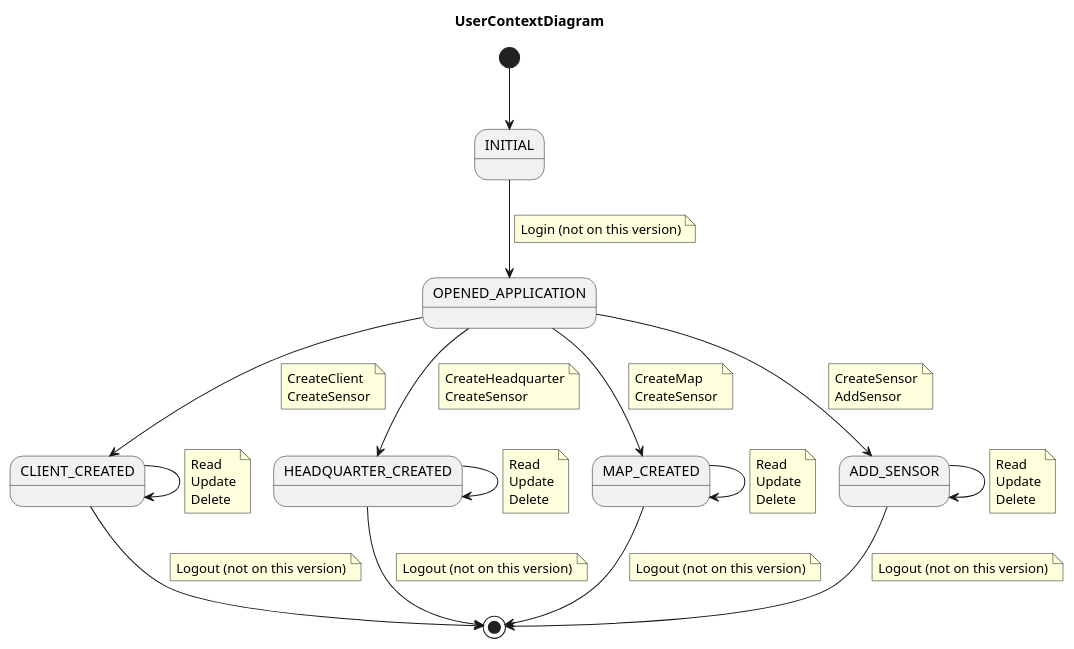
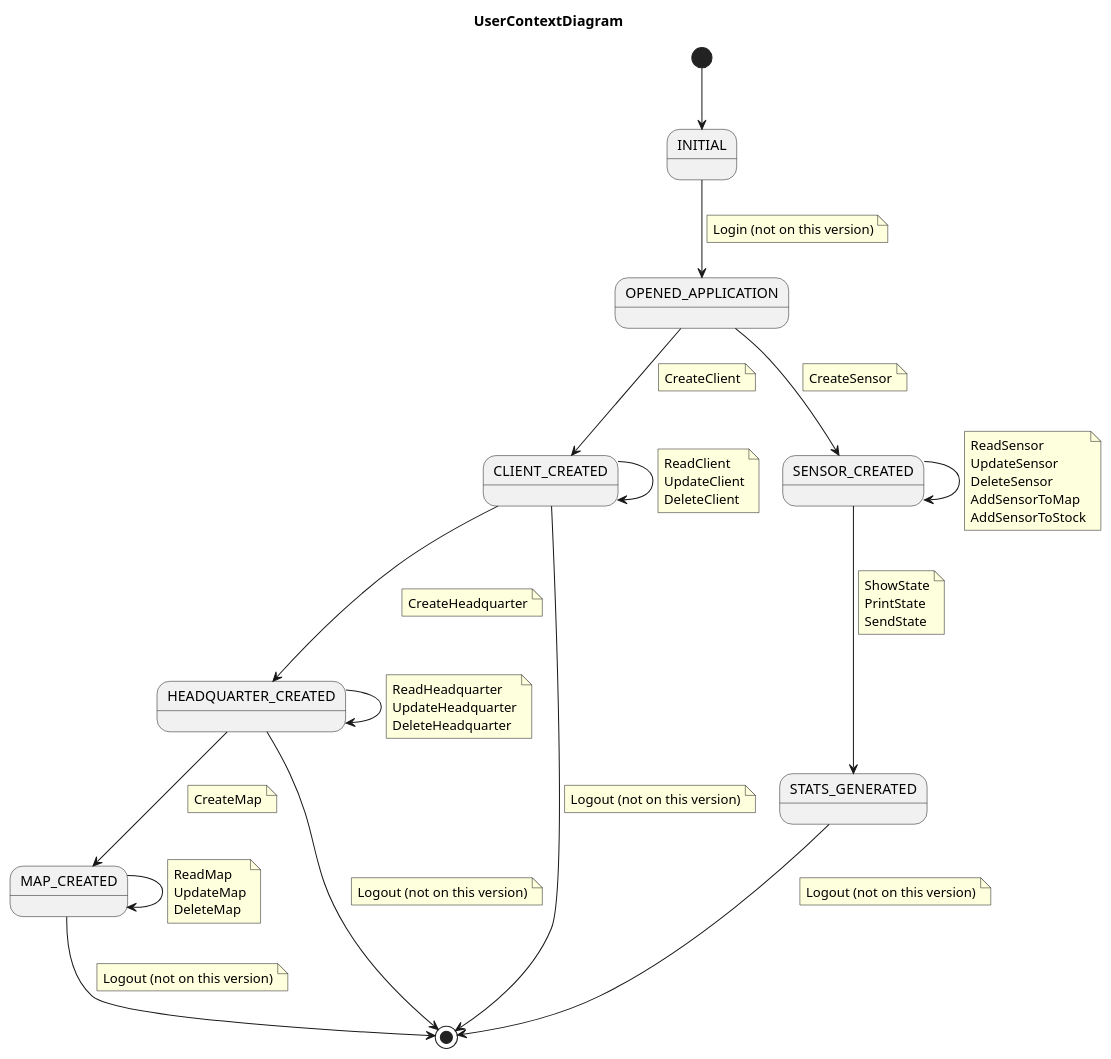
The diagram in docs/src/useCase/context/useCaseContextDiagram.puml (jumpering/pestmonitors), drawn with PlantUML before and after one commit. The commit also changed 1 other file, not shown here.

```diff
--- a/docs/src/useCase/context/useCaseContextDiagram.puml
+++ b/docs/src/useCase/context/useCaseContextDiagram.puml
@@ -1,88 +1,94 @@
 @startuml
 title UserContextDiagram
 state INITIAL
+state OPENED_APPLICATION
 state CLIENT_CREATED
 state HEADQUARTER_CREATED
 state MAP_CREATED
-state ADD_SENSOR
-state OPENED_APPLICATION
+state SENSOR_CREATED
+state STATS_GENERATED
 
 [*] --> INITIAL
 
 INITIAL --> OPENED_APPLICATION
 note on link
     Login (not on this version)
 end note
 
 OPENED_APPLICATION --> CLIENT_CREATED
     note on link
         CreateClient
-        CreateSensor
     end note
 CLIENT_CREATED --> CLIENT_CREATED
 note on link
-    Read
-    Update
-    Delete
+    ReadClient
+    UpdateClient
+    DeleteClient
 end note
 
-OPENED_APPLICATION --> HEADQUARTER_CREATED
+CLIENT_CREATED --> HEADQUARTER_CREATED
     note on link
         CreateHeadquarter
-        CreateSensor
     end note
 
 HEADQUARTER_CREATED --> HEADQUARTER_CREATED
     note on link
-        Read
-        Update
-        Delete
+        ReadHeadquarter
+        UpdateHeadquarter
+        DeleteHeadquarter
     end note
 
-OPENED_APPLICATION --> MAP_CREATED
+HEADQUARTER_CREATED --> MAP_CREATED
     note on link
         CreateMap
-        CreateSensor
     end note
 
 MAP_CREATED --> MAP_CREATED
     note on link
-        Read
-        Update
-        Delete
+        ReadMap
+        UpdateMap
+        DeleteMap
     end note
 
-OPENED_APPLICATION --> ADD_SENSOR
+OPENED_APPLICATION --> SENSOR_CREATED
     note on link
         CreateSensor
-        AddSensor
     end note
 
-ADD_SENSOR --> ADD_SENSOR
+SENSOR_CREATED --> SENSOR_CREATED
     note on link
-        Read
-        Update
-        Delete
+        ReadSensor
+        UpdateSensor
+        DeleteSensor
+        AddSensorToMap
+        AddSensorToStock
     end note
 
 CLIENT_CREATED --> [*]
       note on link
           Logout (not on this version)
       end note
 
 HEADQUARTER_CREATED --> [*]
       note on link
           Logout (not on this version)
       end note
 
 MAP_CREATED --> [*]
       note on link
           Logout (not on this version)
       end note
 
-ADD_SENSOR --> [*]
+SENSOR_CREATED --> STATS_GENERATED
+       note on link
+           ShowState
+           PrintState
+           SendState
+       end note
+
+STATS_GENERATED --> [*]
       note on link
           Logout (not on this version)
       end note
 
 @enduml
```
